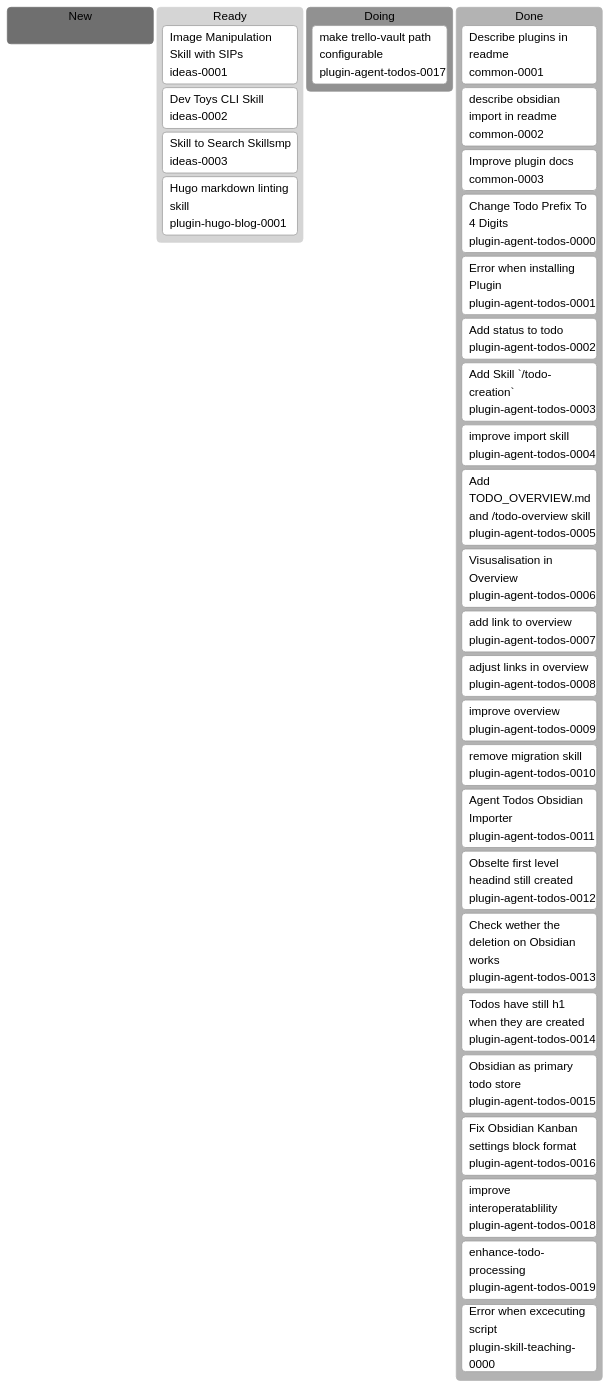
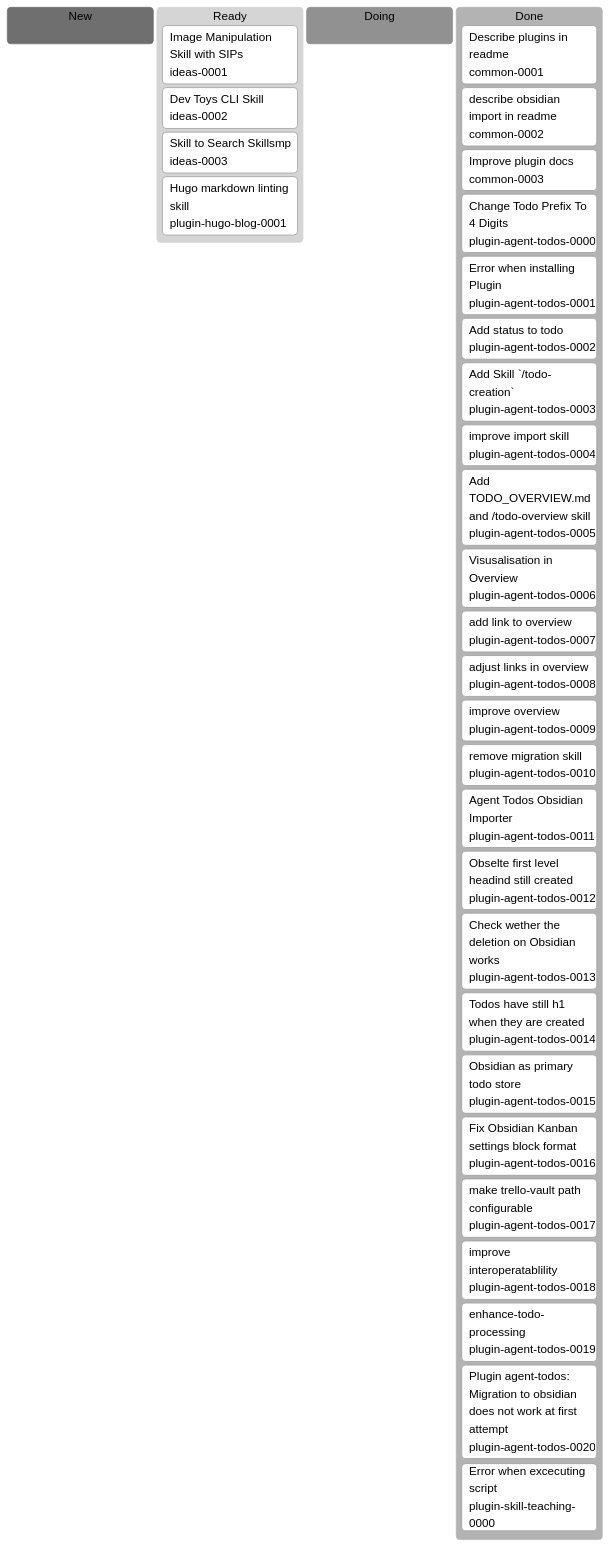
One commit to erich3000/ji-agent-skills changed the diagram in docs/agent-todos/TODO_OVERVIEW.md. Above: the diagram before and after it, drawn with Mermaid. The commit also changed other lines of this file and 6 other files, not shown here.

First line of the commit message:
bump agent-todos to 0.6.1

````diff
--- a/docs/agent-todos/TODO_OVERVIEW.md
+++ b/docs/agent-todos/TODO_OVERVIEW.md
@@ -7,37 +7,39 @@
 ```mermaid
 %%{init: {"theme":"neutral"}}%%
 kanban
   new[New]
 
   ready[Ready]
     ideas-0001[Image Manipulation Skill with SIPs]@{ ticket: ideas-0001 }
     ideas-0002[Dev Toys CLI Skill]@{ ticket: ideas-0002 }
     ideas-0003[Skill to Search Skillsmp]@{ ticket: ideas-0003 }
     plugin-hugo-blog-0001[Hugo markdown linting skill]@{ ticket: plugin-hugo-blog-0001 }
   doing[Doing]
-    plugin-agent-todos-0017[make trello-vault path configurable]@{ ticket: plugin-agent-todos-0017 }
+
   done[Done]
     common-0001[Describe plugins in readme]@{ ticket: common-0001 }
     common-0002[describe obsidian import in readme]@{ ticket: common-0002 }
     common-0003[Improve plugin docs]@{ ticket: common-0003 }
     plugin-agent-todos-0000[Change Todo Prefix To 4 Digits]@{ ticket: plugin-agent-todos-0000 }
     plugin-agent-todos-0001[Error when installing Plugin]@{ ticket: plugin-agent-todos-0001 }
     plugin-agent-todos-0002[Add status to todo]@{ ticket: plugin-agent-todos-0002 }
     plugin-agent-todos-0003[Add Skill `/todo-creation`]@{ ticket: plugin-agent-todos-0003 }
     plugin-agent-todos-0004[improve import skill]@{ ticket: plugin-agent-todos-0004 }
     plugin-agent-todos-0005[Add TODO_OVERVIEW.md and /todo-overview skill]@{ ticket: plugin-agent-todos-0005 }
     plugin-agent-todos-0006[Visusalisation in Overview]@{ ticket: plugin-agent-todos-0006 }
     plugin-agent-todos-0007[add link to overview]@{ ticket: plugin-agent-todos-0007 }
     plugin-agent-todos-0008[adjust links in overview]@{ ticket: plugin-agent-todos-0008 }
     plugin-agent-todos-0009[improve overview]@{ ticket: plugin-agent-todos-0009 }
     plugin-agent-todos-0010[remove migration skill]@{ ticket: plugin-agent-todos-0010 }
     plugin-agent-todos-0011[Agent Todos Obsidian Importer]@{ ticket: plugin-agent-todos-0011 }
     plugin-agent-todos-0012[Obselte first level headind still created]@{ ticket: plugin-agent-todos-0012 }
     plugin-agent-todos-0013[Check wether the deletion on Obsidian works]@{ ticket: plugin-agent-todos-0013 }
     plugin-agent-todos-0014[Todos have still h1 when they are created]@{ ticket: plugin-agent-todos-0014 }
     plugin-agent-todos-0015[Obsidian as primary todo store]@{ ticket: plugin-agent-todos-0015 }
     plugin-agent-todos-0016[Fix Obsidian Kanban settings block format]@{ ticket: plugin-agent-todos-0016 }
+    plugin-agent-todos-0017[make trello-vault path configurable]@{ ticket: plugin-agent-todos-0017 }
     plugin-agent-todos-0018[improve interoperatablility]@{ ticket: plugin-agent-todos-0018 }
     plugin-agent-todos-0019[enhance-todo-processing]@{ ticket: plugin-agent-todos-0019 }
+    plugin-agent-todos-0020[Plugin agent-todos: Migration to obsidian does not work at first attempt]@{ ticket: plugin-agent-todos-0020 }
     plugin-skill-teaching-0000[Error when excecuting script]@{ ticket: plugin-skill-teaching-0000 }
 ```
````
